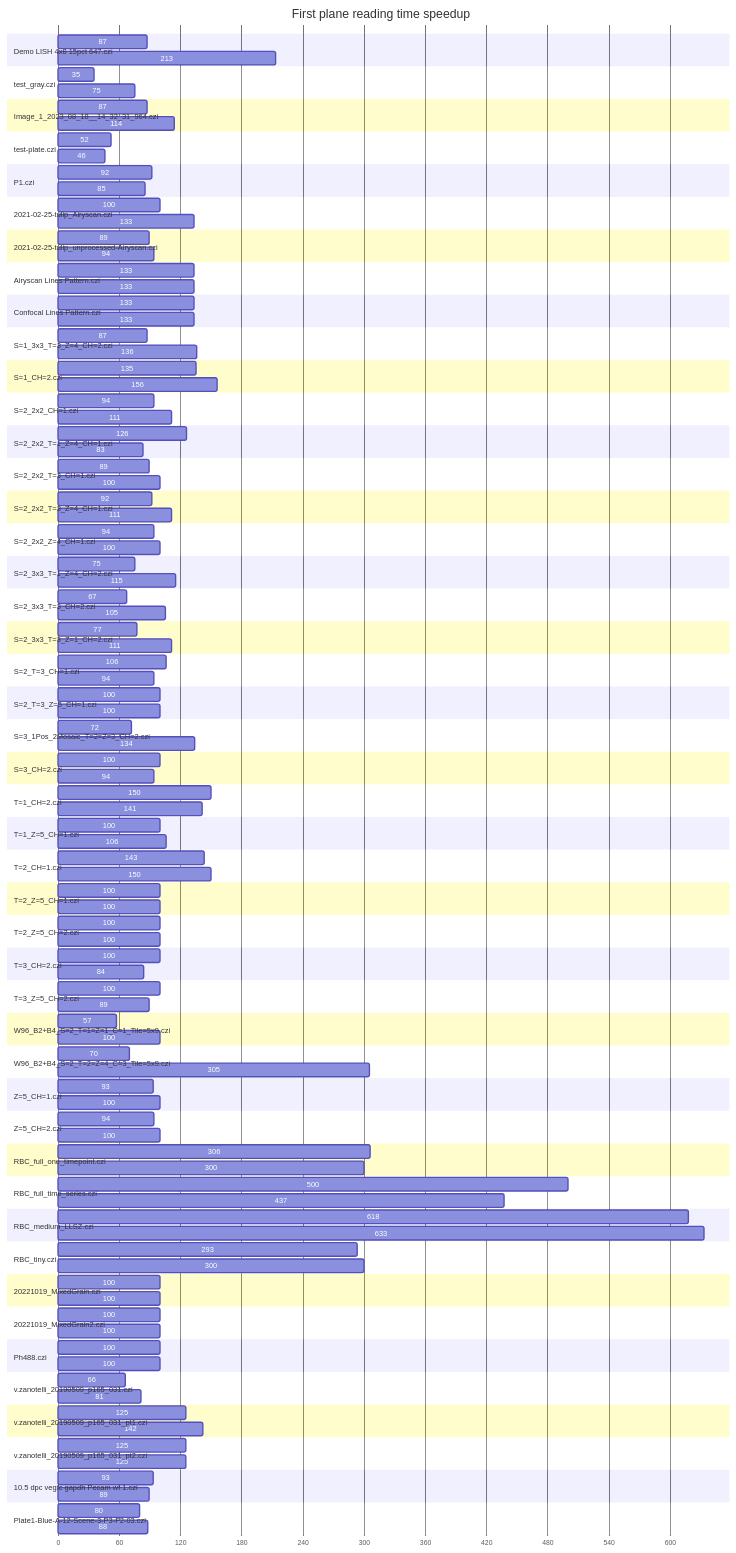
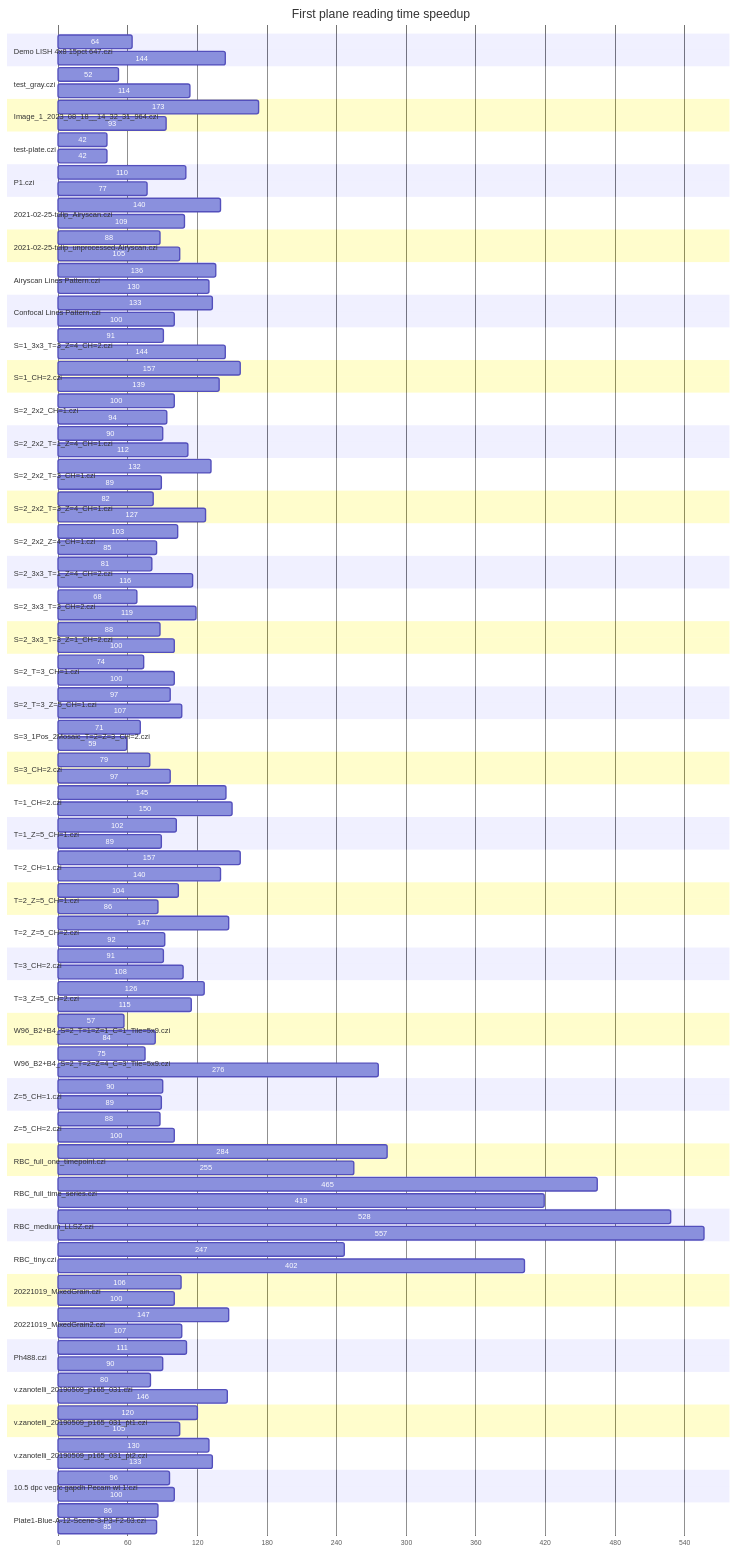
Before and after one commit to BIOP/quick-start-czi-reader: the fourth of 4 diagrams in comparison_summary_chart.md, drawn with Mermaid. The commit also changed other lines of this file and 97 other files, not shown here.

````diff
--- a/comparison_summary_chart.md
+++ b/comparison_summary_chart.md
@@ -582,187 +582,187 @@
             axisFormat %s
 
             section Demo LISH 4x8 15pct 647.czi
-            87   : 0, 87
+            64   : 0, 64
             section Demo LISH 4x8 15pct 647.czi
-            213   : 0, 213
+            144   : 0, 144
             section test_gray.czi
-            35   : 0, 35
+            52   : 0, 52
             section test_gray.czi
-            75   : 0, 75
+            114   : 0, 114
             section Image_1_2023_08_18__14_32_31_964.czi
-            87   : 0, 87
+            173   : 0, 173
             section Image_1_2023_08_18__14_32_31_964.czi
-            114   : 0, 114
+            93   : 0, 93
             section test-plate.czi
-            52   : 0, 52
+            42   : 0, 42
             section test-plate.czi
-            46   : 0, 46
+            42   : 0, 42
             section P1.czi
-            92   : 0, 92
+            110   : 0, 110
             section P1.czi
-            85   : 0, 85
+            77   : 0, 77
             section 2021-02-25-tulip_Airyscan.czi
-            100   : 0, 100
+            140   : 0, 140
             section 2021-02-25-tulip_Airyscan.czi
-            133   : 0, 133
+            109   : 0, 109
             section 2021-02-25-tulip_unprocessed-Airyscan.czi
-            89   : 0, 89
+            88   : 0, 88
             section 2021-02-25-tulip_unprocessed-Airyscan.czi
-            94   : 0, 94
+            105   : 0, 105
             section Airyscan Lines Pattern.czi
-            133   : 0, 133
+            136   : 0, 136
             section Airyscan Lines Pattern.czi
-            133   : 0, 133
+            130   : 0, 130
             section Confocal Lines Pattern.czi
             133   : 0, 133
             section Confocal Lines Pattern.czi
-            133   : 0, 133
+            100   : 0, 100
             section S=1_3x3_T=3_Z=4_CH=2.czi
-            87   : 0, 87
+            91   : 0, 91
             section S=1_3x3_T=3_Z=4_CH=2.czi
-            136   : 0, 136
+            144   : 0, 144
             section S=1_CH=2.czi
-            135   : 0, 135
+            157   : 0, 157
             section S=1_CH=2.czi
-            156   : 0, 156
+            139   : 0, 139
+            section S=2_2x2_CH=1.czi
+            100   : 0, 100
             section S=2_2x2_CH=1.czi
             94   : 0, 94
-            section S=2_2x2_CH=1.czi
-            111   : 0, 111
             section S=2_2x2_T=1_Z=4_CH=1.czi
-            126   : 0, 126
+            90   : 0, 90
             section S=2_2x2_T=1_Z=4_CH=1.czi
-            83   : 0, 83
+            112   : 0, 112
+            section S=2_2x2_T=3_CH=1.czi
+            132   : 0, 132
             section S=2_2x2_T=3_CH=1.czi
             89   : 0, 89
-            section S=2_2x2_T=3_CH=1.czi
+            section S=2_2x2_T=3_Z=4_CH=1.czi
+            82   : 0, 82
+            section S=2_2x2_T=3_Z=4_CH=1.czi
+            127   : 0, 127
+            section S=2_2x2_Z=4_CH=1.czi
+            103   : 0, 103
+            section S=2_2x2_Z=4_CH=1.czi
+            85   : 0, 85
+            section S=2_3x3_T=1_Z=4_CH=2.czi
+            81   : 0, 81
+            section S=2_3x3_T=1_Z=4_CH=2.czi
+            116   : 0, 116
+            section S=2_3x3_T=3_CH=2.czi
+            68   : 0, 68
+            section S=2_3x3_T=3_CH=2.czi
+            119   : 0, 119
+            section S=2_3x3_T=3_Z=1_CH=2.czi
+            88   : 0, 88
+            section S=2_3x3_T=3_Z=1_CH=2.czi
             100   : 0, 100
-            section S=2_2x2_T=3_Z=4_CH=1.czi
-            92   : 0, 92
-            section S=2_2x2_T=3_Z=4_CH=1.czi
-            111   : 0, 111
-            section S=2_2x2_Z=4_CH=1.czi
-            94   : 0, 94
-            section S=2_2x2_Z=4_CH=1.czi
-            100   : 0, 100
-            section S=2_3x3_T=1_Z=4_CH=2.czi
-            75   : 0, 75
-            section S=2_3x3_T=1_Z=4_CH=2.czi
-            115   : 0, 115
-            section S=2_3x3_T=3_CH=2.czi
-            67   : 0, 67
-            section S=2_3x3_T=3_CH=2.czi
-            105   : 0, 105
-            section S=2_3x3_T=3_Z=1_CH=2.czi
-            77   : 0, 77
-            section S=2_3x3_T=3_Z=1_CH=2.czi
-            111   : 0, 111
             section S=2_T=3_CH=1.czi
-            106   : 0, 106
+            74   : 0, 74
             section S=2_T=3_CH=1.czi
-            94   : 0, 94
-            section S=2_T=3_Z=5_CH=1.czi
             100   : 0, 100
             section S=2_T=3_Z=5_CH=1.czi
-            100   : 0, 100
+            97   : 0, 97
+            section S=2_T=3_Z=5_CH=1.czi
+            107   : 0, 107
             section S=3_1Pos_2Mosaic_T=2=Z=3_CH=2.czi
-            72   : 0, 72
+            71   : 0, 71
             section S=3_1Pos_2Mosaic_T=2=Z=3_CH=2.czi
-            134   : 0, 134
+            59   : 0, 59
             section S=3_CH=2.czi
-            100   : 0, 100
+            79   : 0, 79
             section S=3_CH=2.czi
-            94   : 0, 94
+            97   : 0, 97
+            section T=1_CH=2.czi
+            145   : 0, 145
             section T=1_CH=2.czi
             150   : 0, 150
-            section T=1_CH=2.czi
-            141   : 0, 141
             section T=1_Z=5_CH=1.czi
-            100   : 0, 100
+            102   : 0, 102
             section T=1_Z=5_CH=1.czi
-            106   : 0, 106
+            89   : 0, 89
             section T=2_CH=1.czi
-            143   : 0, 143
+            157   : 0, 157
             section T=2_CH=1.czi
-            150   : 0, 150
+            140   : 0, 140
             section T=2_Z=5_CH=1.czi
-            100   : 0, 100
+            104   : 0, 104
             section T=2_Z=5_CH=1.czi
-            100   : 0, 100
+            86   : 0, 86
             section T=2_Z=5_CH=2.czi
-            100   : 0, 100
+            147   : 0, 147
             section T=2_Z=5_CH=2.czi
-            100   : 0, 100
+            92   : 0, 92
             section T=3_CH=2.czi
-            100   : 0, 100
+            91   : 0, 91
             section T=3_CH=2.czi
-            84   : 0, 84
+            108   : 0, 108
             section T=3_Z=5_CH=2.czi
-            100   : 0, 100
+            126   : 0, 126
             section T=3_Z=5_CH=2.czi
-            89   : 0, 89
+            115   : 0, 115
             section W96_B2+B4_S=2_T=1=Z=1_C=1_Tile=5x9.czi
             57   : 0, 57
             section W96_B2+B4_S=2_T=1=Z=1_C=1_Tile=5x9.czi
-            100   : 0, 100
+            84   : 0, 84
             section W96_B2+B4_S=2_T=2=Z=4_C=3_Tile=5x9.czi
-            70   : 0, 70
+            75   : 0, 75
             section W96_B2+B4_S=2_T=2=Z=4_C=3_Tile=5x9.czi
-            305   : 0, 305
+            276   : 0, 276
             section Z=5_CH=1.czi
-            93   : 0, 93
+            90   : 0, 90
             section Z=5_CH=1.czi
-            100   : 0, 100
+            89   : 0, 89
             section Z=5_CH=2.czi
-            94   : 0, 94
+            88   : 0, 88
             section Z=5_CH=2.czi
             100   : 0, 100
             section RBC_full_one_timepoint.czi
-            306   : 0, 306
+            284   : 0, 284
             section RBC_full_one_timepoint.czi
-            300   : 0, 300
+            255   : 0, 255
             section RBC_full_time_series.czi
-            500   : 0, 500
+            465   : 0, 465
             section RBC_full_time_series.czi
-            437   : 0, 437
+            419   : 0, 419
             section RBC_medium_LLSZ.czi
-            618   : 0, 618
+            528   : 0, 528
             section RBC_medium_LLSZ.czi
-            633   : 0, 633
+            557   : 0, 557
             section RBC_tiny.czi
-            293   : 0, 293
+            247   : 0, 247
             section RBC_tiny.czi
-            300   : 0, 300
+            402   : 0, 402
             section 20221019_MixedGrain.czi
-            100   : 0, 100
+            106   : 0, 106
             section 20221019_MixedGrain.czi
             100   : 0, 100
             section 20221019_MixedGrain2.czi
+            147   : 0, 147
+            section 20221019_MixedGrain2.czi
+            107   : 0, 107
+            section Ph488.czi
+            111   : 0, 111
+            section Ph488.czi
+            90   : 0, 90
+            section v.zanotelli_20190509_p165_031.czi
+            80   : 0, 80
+            section v.zanotelli_20190509_p165_031.czi
+            146   : 0, 146
+            section v.zanotelli_20190509_p165_031_pt1.czi
+            120   : 0, 120
+            section v.zanotelli_20190509_p165_031_pt1.czi
+            105   : 0, 105
+            section v.zanotelli_20190509_p165_031_pt2.czi
+            130   : 0, 130
+            section v.zanotelli_20190509_p165_031_pt2.czi
+            133   : 0, 133
+            section 10.5 dpc vegfc gapdh Pecam wt 1.czi
+            96   : 0, 96
+            section 10.5 dpc vegfc gapdh Pecam wt 1.czi
             100   : 0, 100
-            section 20221019_MixedGrain2.czi
-            100   : 0, 100
-            section Ph488.czi
-            100   : 0, 100
-            section Ph488.czi
-            100   : 0, 100
-            section v.zanotelli_20190509_p165_031.czi
-            66   : 0, 66
-            section v.zanotelli_20190509_p165_031.czi
-            81   : 0, 81
-            section v.zanotelli_20190509_p165_031_pt1.czi
-            125   : 0, 125
-            section v.zanotelli_20190509_p165_031_pt1.czi
-            142   : 0, 142
-            section v.zanotelli_20190509_p165_031_pt2.czi
-            125   : 0, 125
-            section v.zanotelli_20190509_p165_031_pt2.czi
-            125   : 0, 125
-            section 10.5 dpc vegfc gapdh Pecam wt 1.czi
-            93   : 0, 93
-            section 10.5 dpc vegfc gapdh Pecam wt 1.czi
-            89   : 0, 89
             section Plate1-Blue-A-12-Scene-3-P3-F2-03.czi
-            80   : 0, 80
+            86   : 0, 86
             section Plate1-Blue-A-12-Scene-3-P3-F2-03.czi
-            88   : 0, 88
+            85   : 0, 85
 ```
````
